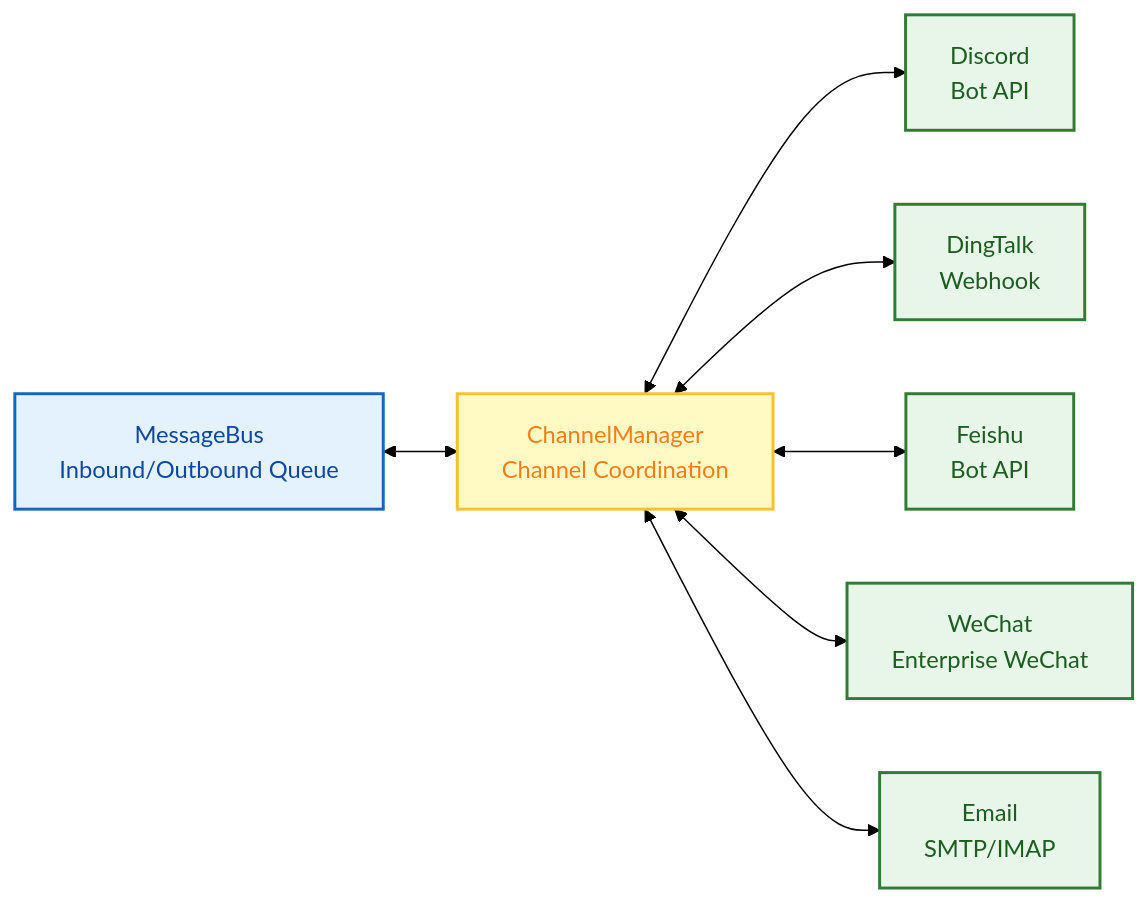
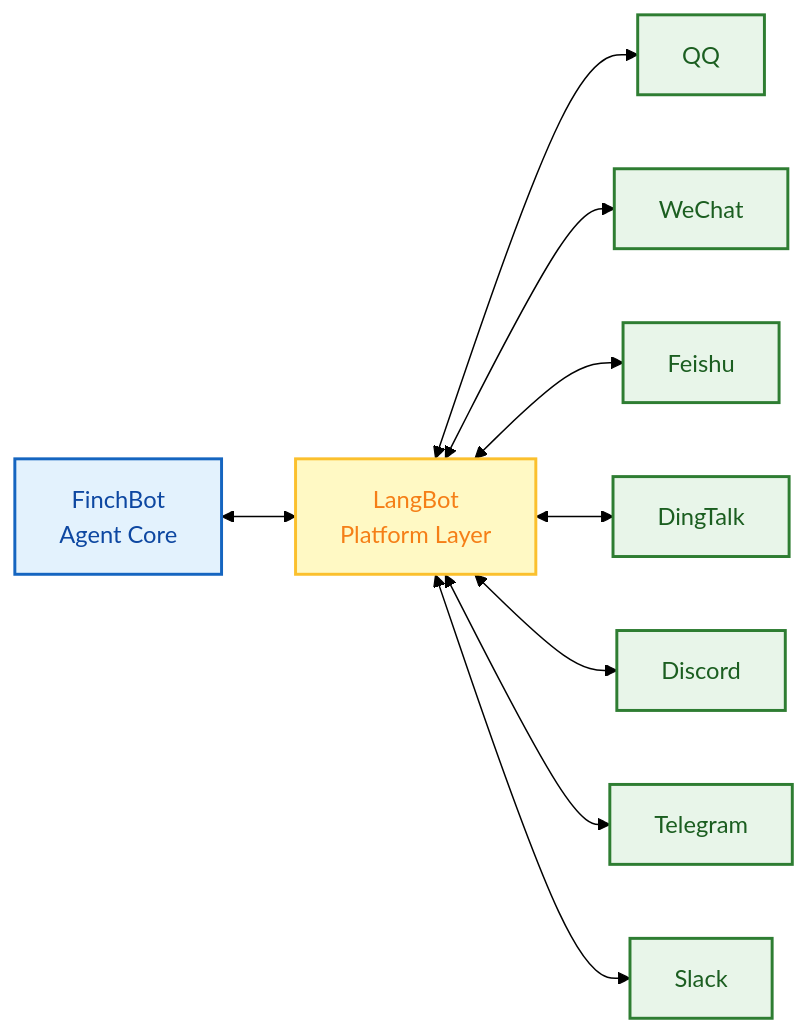
One commit to xt765/FinchBot changed the eighth of 8 diagrams in docs/en-US/blog/finchbot-flexible-ai-agent-framework.md. Above: the diagram before and after it, drawn with Mermaid (forest theme). The commit also changed other lines of this file and 30 other files, not shown here.

First line of the commit message:
refactor: 使用 langchain-mcp-adapters 和 LangBot 重构 MCP 和 Channel 模块

````diff
--- a/docs/en-US/blog/finchbot-flexible-ai-agent-framework.md
+++ b/docs/en-US/blog/finchbot-flexible-ai-agent-framework.md
@@ -541,18 +549,20 @@
 ```mermaid
 flowchart LR
     classDef bus fill:#e3f2fd,stroke:#1565c0,stroke-width:2px,color:#0d47a1;
     classDef manager fill:#fff9c4,stroke:#fbc02d,stroke-width:2px,color:#f57f17;
     classDef channel fill:#e8f5e9,stroke:#2e7d32,stroke-width:2px,color:#1b5e20;
 
-    Bus[MessageBus<br/>Inbound/Outbound Queue]:::bus
-    CM[ChannelManager<br/>Channel Coordination]:::manager
+    FinchBot[FinchBot<br/>Agent Core]:::bus
+    LangBot[LangBot<br/>Platform Layer]:::manager
 
-    Discord[Discord<br/>Bot API]:::channel
-    DingTalk[DingTalk<br/>Webhook]:::channel
-    Feishu[Feishu<br/>Bot API]:::channel
-    WeChat[WeChat<br/>Enterprise WeChat]:::channel
-    Email[Email<br/>SMTP/IMAP]:::channel
+    QQ[QQ]:::channel
+    WeChat[WeChat]:::channel
+    Feishu[Feishu]:::channel
+    DingTalk[DingTalk]:::channel
+    Discord[Discord]:::channel
+    Telegram[Telegram]:::channel
+    Slack[Slack]:::channel
 
-    Bus <--> CM
-    CM <--> Discord & DingTalk & Feishu & WeChat & Email
+    FinchBot <--> LangBot
+    LangBot <--> QQ & WeChat & Feishu & DingTalk & Discord & Telegram & Slack
 ```
````
